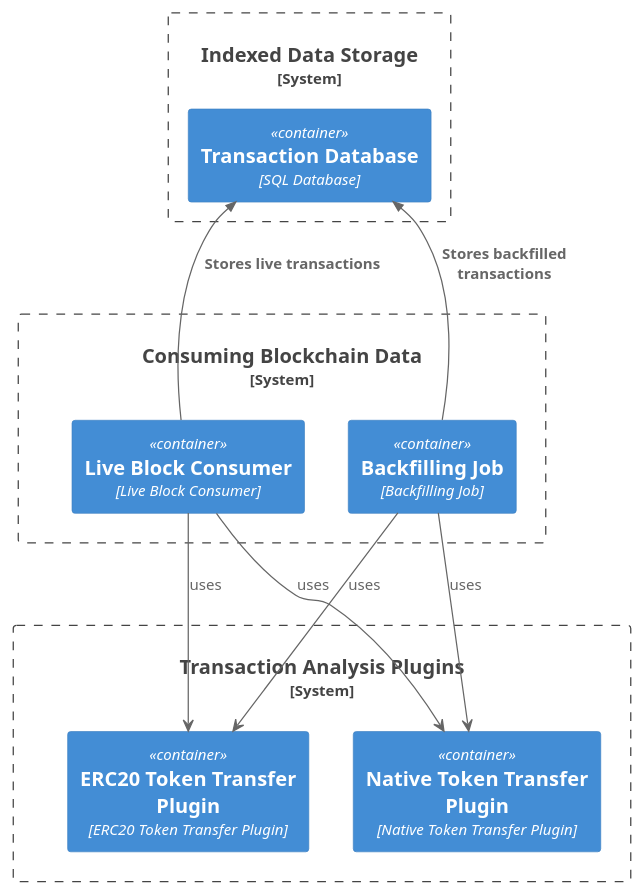
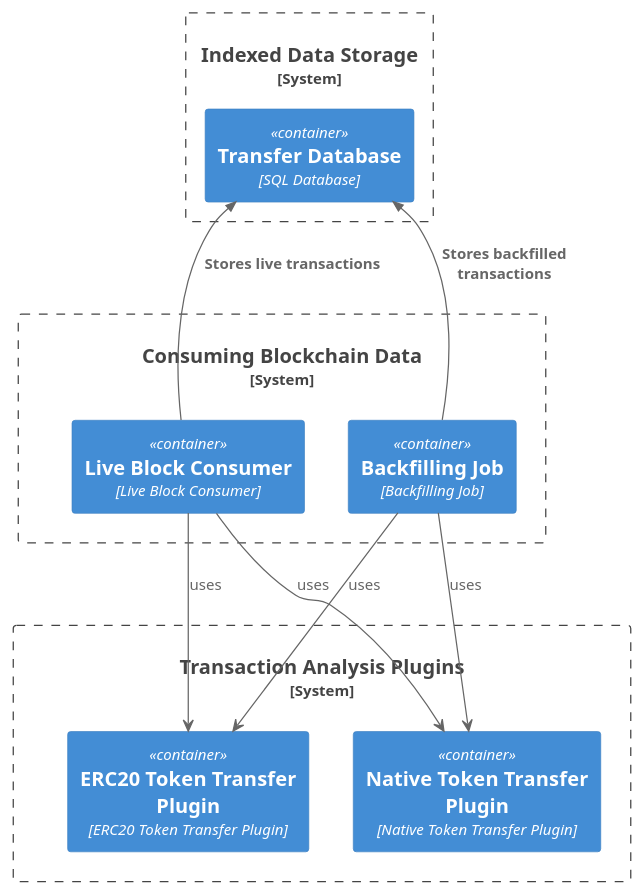
One commit to Yengas/xchain-tx-indexer-poc changed the diagram in docs/diagrams/hld-component-diagram.plantuml. Above: the diagram before and after it, drawn with PlantUML. The commit also changed 12 other files, not shown here.

Commit message:
feat: rename transaction to transfer for structured data

```diff
--- a/docs/diagrams/hld-component-diagram.plantuml
+++ b/docs/diagrams/hld-component-diagram.plantuml
@@ -1,31 +1,31 @@
 @startuml
 !include https://raw.githubusercontent.com/plantuml-stdlib/C4-PlantUML/master/C4_Container.puml
 
 System_Boundary(IndexedDataStorage, "Indexed Data Storage") {
-    Container(transactionDB, "Transaction Database", "SQL Database")
+    Container(transactionDB, "Transfer Database", "SQL Database")
 }
 
 System_Boundary(ConsumingBlockchainData, "Consuming Blockchain Data") {
     Container(liveBlockConsumer, "Live Block Consumer", "Live Block Consumer")
     Container(backfillingJob, "Backfilling Job", "Backfilling Job")
 }
 
 System_Boundary(TransactionAnalysisPlugins, "Transaction Analysis Plugins") {
     Container(nativeTokenPlugin, "Native Token Transfer Plugin", "Native Token Transfer Plugin")
     Container(erc20TokenPlugin, "ERC20 Token Transfer Plugin", "ERC20 Token Transfer Plugin")
 }
 
 transactionDB -[hidden]d-> liveBlockConsumer
 transactionDB -[hidden]d-> backfillingJob
 
 Rel(liveBlockConsumer, transactionDB, "Stores live transactions")
 Rel(backfillingJob, transactionDB, "Stores backfilled transactions")
 
 ConsumingBlockchainData -[hidden]d-> TransactionAnalysisPlugins
 
 liveBlockConsumer --> nativeTokenPlugin: uses
 backfillingJob --> nativeTokenPlugin: uses
 liveBlockConsumer --> erc20TokenPlugin: uses
 backfillingJob --> erc20TokenPlugin: uses
 
 @enduml
```
